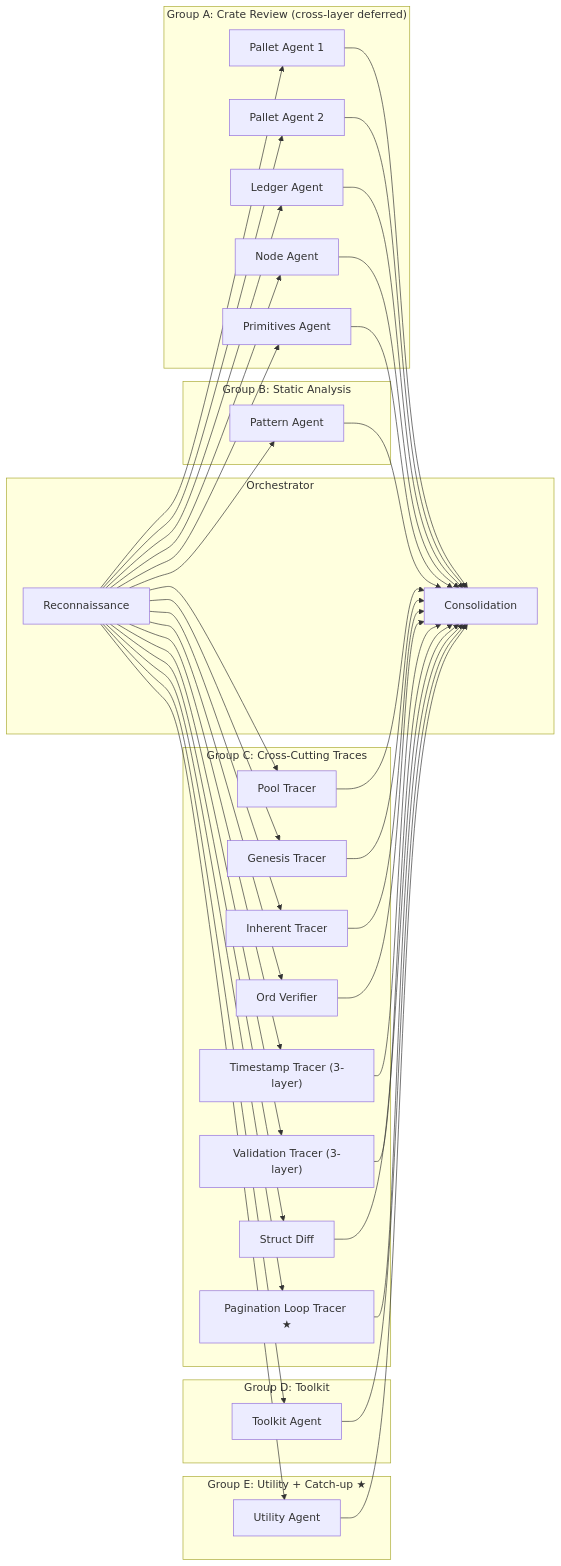
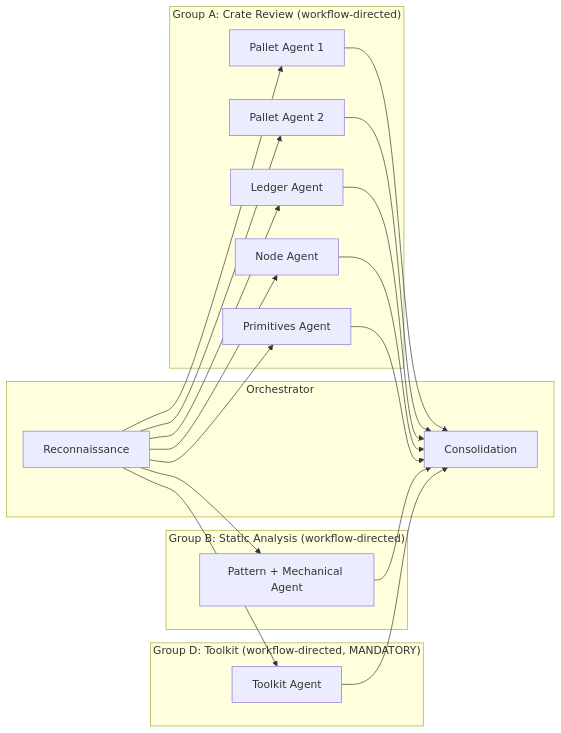
One commit to m2ux/workflow-server changed the second of 2 diagrams in substrate-node-security-audit/README.md. Above: the diagram before and after it, drawn with Mermaid. The commit also changed other lines of this file and 9 other files, not shown here.

First line of the commit message:
feat(audit): add workflow-directed sub-agent activities and structured output schema

````diff
--- a/substrate-node-security-audit/README.md
+++ b/substrate-node-security-audit/README.md
@@ -87,72 +83,39 @@
 ```mermaid
 graph LR
     subgraph orchestrator[Orchestrator]
         RECON[Reconnaissance]
         MERGE[Consolidation]
     end
 
-    subgraph groupA["Group A: Crate Review (cross-layer deferred)"]
+    subgraph groupA["Group A: Crate Review (workflow-directed)"]
         A1[Pallet Agent 1]
         A2[Pallet Agent 2]
         A3[Ledger Agent]
         A4[Node Agent]
         A5[Primitives Agent]
     end
 
-    subgraph groupB[Group B: Static Analysis]
-        B1[Pattern Agent]
+    subgraph groupB["Group B: Static Analysis (workflow-directed)"]
+        B1[Pattern + Mechanical Agent]
     end
 
-    subgraph groupC[Group C: Cross-Cutting Traces]
-        C1[Pool Tracer]
-        C2[Genesis Tracer]
-        C3[Inherent Tracer]
-        C4[Ord Verifier]
-        C5["Timestamp Tracer (3-layer)"]
-        C6["Validation Tracer (3-layer)"]
-        C7[Struct Diff]
-        C8["Pagination Loop Tracer ★"]
-    end
-
-    subgraph groupD[Group D: Toolkit]
+    subgraph groupD["Group D: Toolkit (workflow-directed, MANDATORY)"]
         D1[Toolkit Agent]
-    end
-
-    subgraph groupE["Group E: Utility + Catch-up ★"]
-        E1[Utility Agent]
     end
 
     RECON --> A1
     RECON --> A2
     RECON --> A3
     RECON --> A4
     RECON --> A5
     RECON --> B1
-    RECON --> C1
-    RECON --> C2
-    RECON --> C3
-    RECON --> C4
-    RECON --> C5
-    RECON --> C6
-    RECON --> C7
-    RECON --> C8
     RECON --> D1
-    RECON --> E1
 
     A1 --> MERGE
     A2 --> MERGE
     A3 --> MERGE
     A4 --> MERGE
     A5 --> MERGE
     B1 --> MERGE
-    C1 --> MERGE
-    C2 --> MERGE
-    C3 --> MERGE
-    C4 --> MERGE
-    C5 --> MERGE
-    C6 --> MERGE
-    C7 --> MERGE
-    C8 --> MERGE
     D1 --> MERGE
-    E1 --> MERGE
 ```
````
